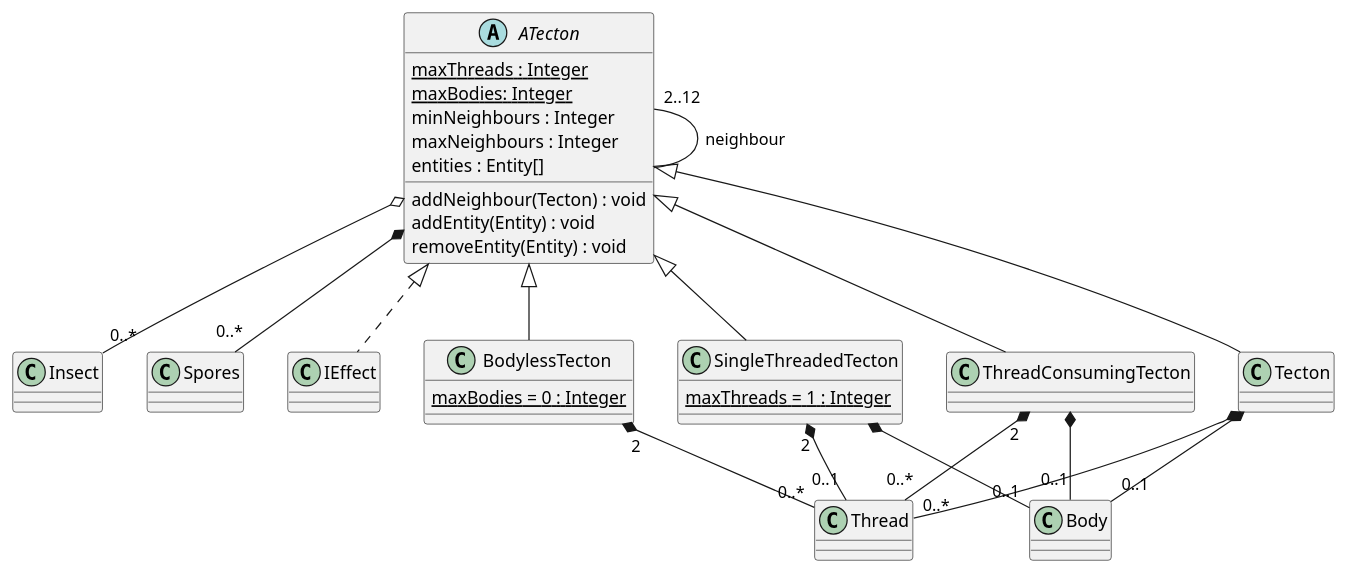
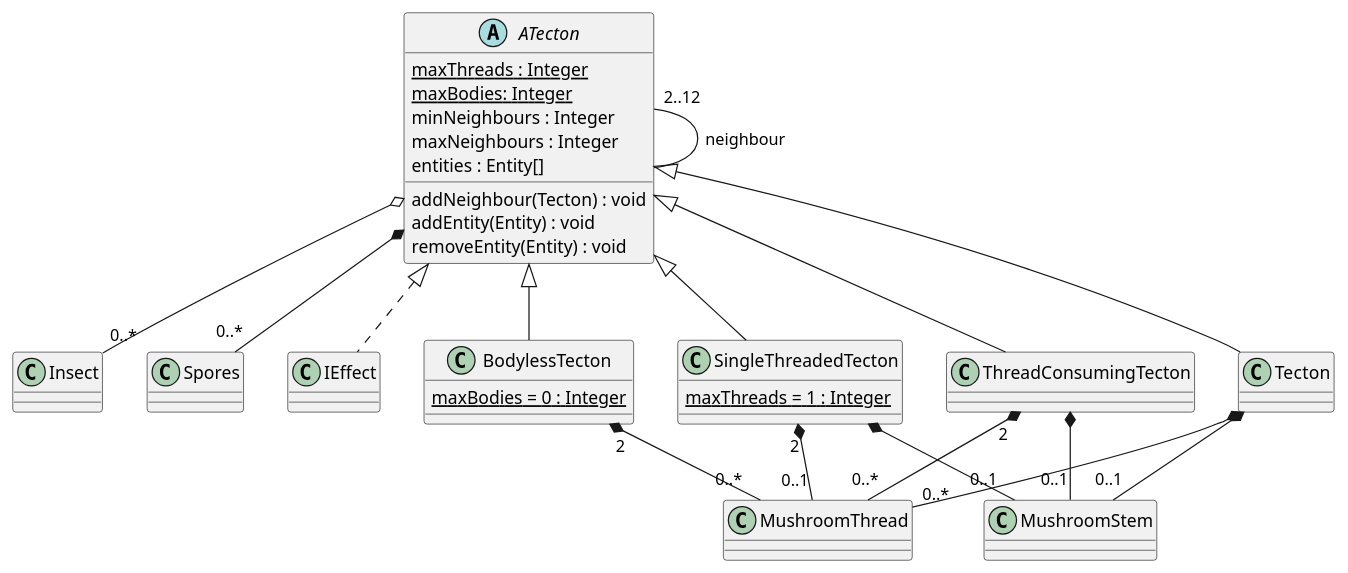
One commit to Petya-G/fungorium changed the diagram in 3/classes/tecton.puml. Above: the diagram before and after it, drawn with PlantUML.

Commit message:
fixed mushroomnames

```diff
--- a/3/classes/tecton.puml
+++ b/3/classes/tecton.puml
@@ -1,43 +1,43 @@
 @startuml tecton
   ATecton "2..12" -- ATecton : neighbour
   ATecton o-- "0..*" Insect
   ATecton *-- "0..*" Spores
   ATecton <|.. IEffect
   abstract class ATecton {
     {static} maxThreads : Integer
     {static} maxBodies: Integer
     minNeighbours : Integer
     maxNeighbours : Integer
     entities : Entity[]
 
     addNeighbour(Tecton) : void
     addEntity(Entity) : void
     removeEntity(Entity) : void
   }
 
-  Tecton *-- "0..1" Body
-  Tecton *-- "0..*" Thread
+  Tecton *-- "0..1" MushroomStem 
+  Tecton *-- "0..*" MushroomThread
   ATecton <|-- Tecton
   class Tecton {
   }
 
-  SingleThreadedTecton *-- "0..1" Body
-  SingleThreadedTecton "2" *-- "0..1" Thread
+  SingleThreadedTecton *-- "0..1" MushroomStem
+  SingleThreadedTecton "2" *-- "0..1" MushroomThread
   ATecton <|-- SingleThreadedTecton
   class SingleThreadedTecton {
     {static} maxThreads = 1 : Integer
   }
 
 
-  BodylessTecton "2" *-- "0..*" Thread
+  BodylessTecton "2" *-- "0..*" MushroomThread
   ATecton <|-- BodylessTecton
   class BodylessTecton {
     {static} maxBodies = 0 : Integer
   }
 
-  ThreadConsumingTecton *-- "0..1" Body
-  ThreadConsumingTecton "2" *-- "0..*" Thread
+  ThreadConsumingTecton *-- "0..1" MushroomStem
+  ThreadConsumingTecton "2" *-- "0..*" MushroomThread
   ATecton <|-- ThreadConsumingTecton
   class ThreadConsumingTecton {
   }
 @enduml
```
